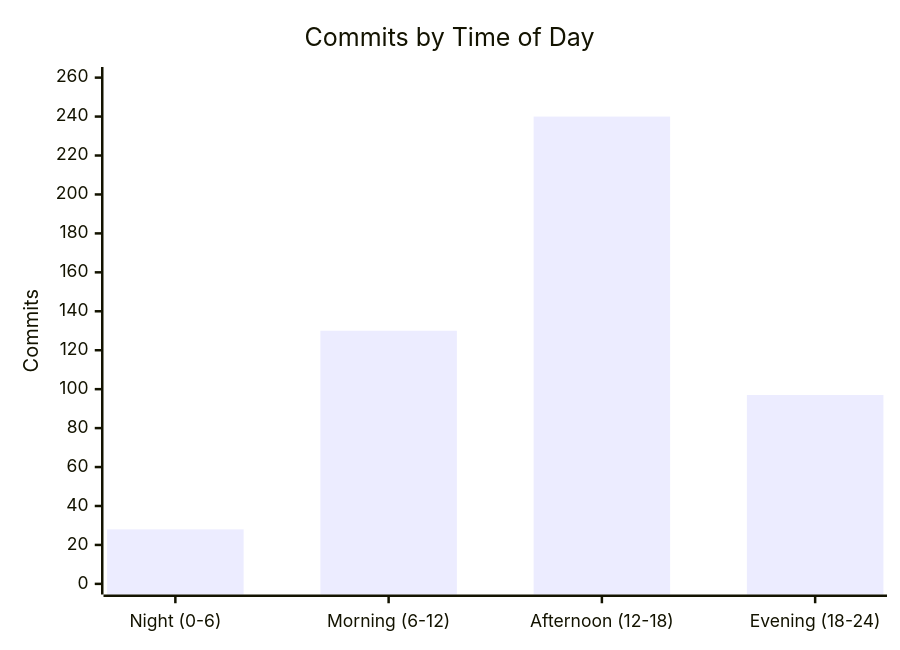
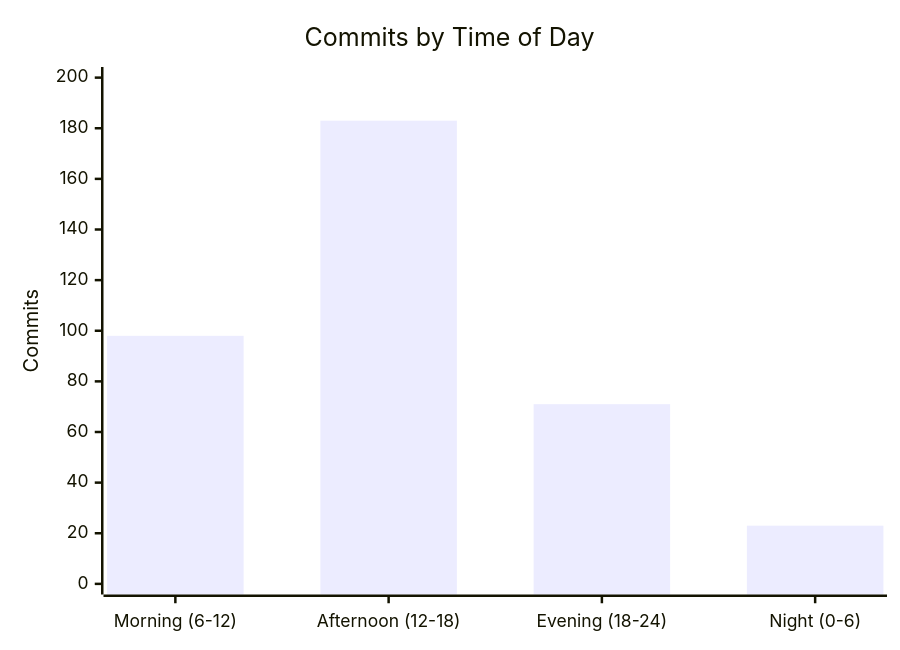
The third of 4 diagrams in code-stats.md (fusion94/fusion94), drawn with Mermaid before and after one commit. The commit also changed other lines of this file and 2 other files, not shown here.

````diff
--- a/code-stats.md
+++ b/code-stats.md
@@ -108,7 +93,7 @@
 ```mermaid
 xychart-beta
     title "Commits by Time of Day"
-    x-axis ["Night (0-6)", "Morning (6-12)", "Afternoon (12-18)", "Evening (18-24)"]
-    y-axis "Commits" 0 --> 260
-    bar [28, 130, 240, 97]
+    x-axis ["Morning (6-12)", "Afternoon (12-18)", "Evening (18-24)", "Night (0-6)"]
+    y-axis "Commits" 0 --> 200
+    bar [98, 183, 71, 23]
 ```
````
